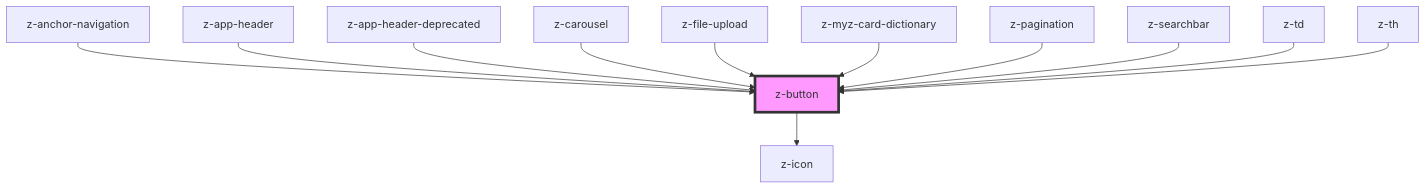
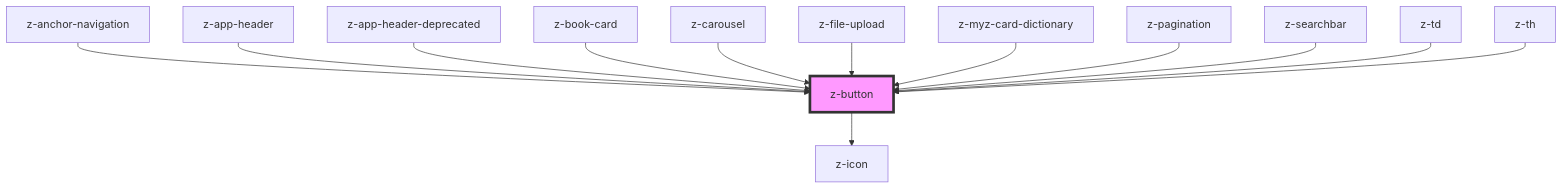
Before and after one commit to ZanichelliEditore/design-system: the diagram in src/components/z-button/readme.md, drawn with Mermaid. The commit also changed other lines of this file and 4 other files, not shown here.

````diff
--- a/src/components/z-button/readme.md
+++ b/src/components/z-button/readme.md
@@ -52,15 +53,16 @@
 ```mermaid
 graph TD;
   z-button --> z-icon
   z-anchor-navigation --> z-button
   z-app-header --> z-button
   z-app-header-deprecated --> z-button
+  z-book-card --> z-button
   z-carousel --> z-button
   z-file-upload --> z-button
   z-myz-card-dictionary --> z-button
   z-pagination --> z-button
   z-searchbar --> z-button
   z-td --> z-button
   z-th --> z-button
   style z-button fill:#f9f,stroke:#333,stroke-width:4px
 ```
````
